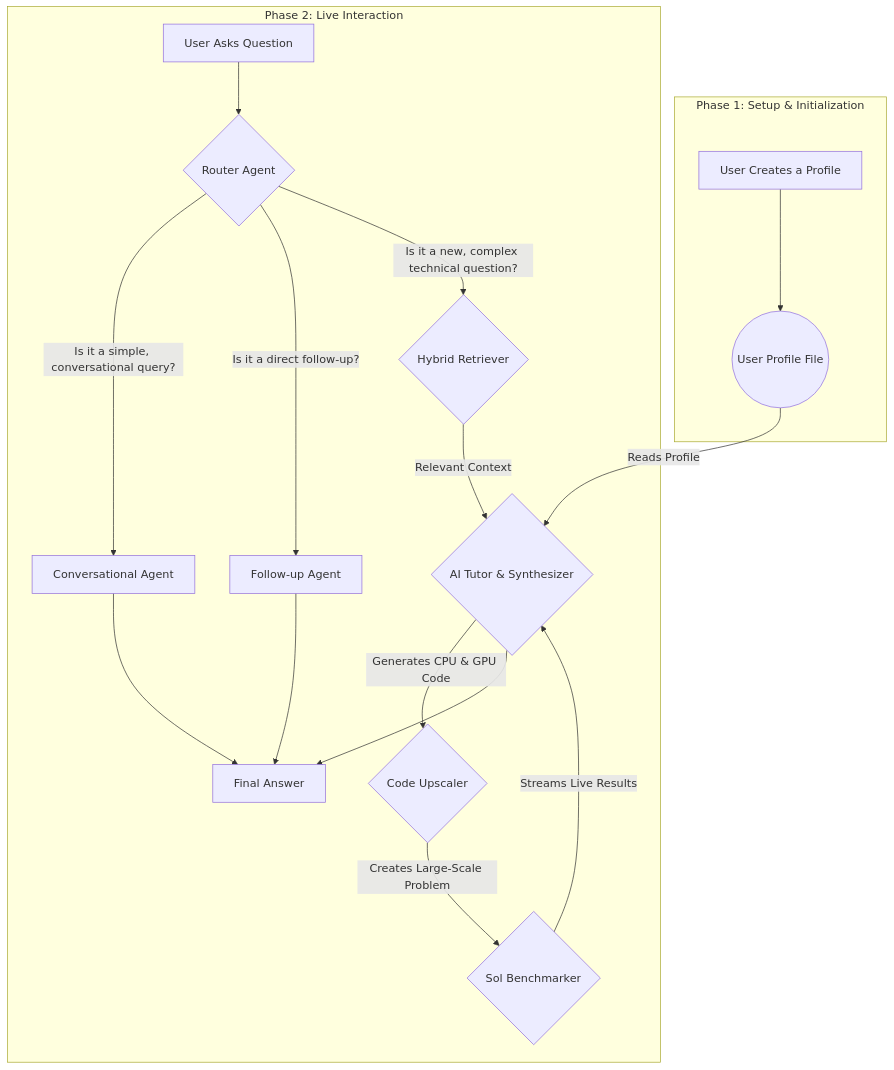
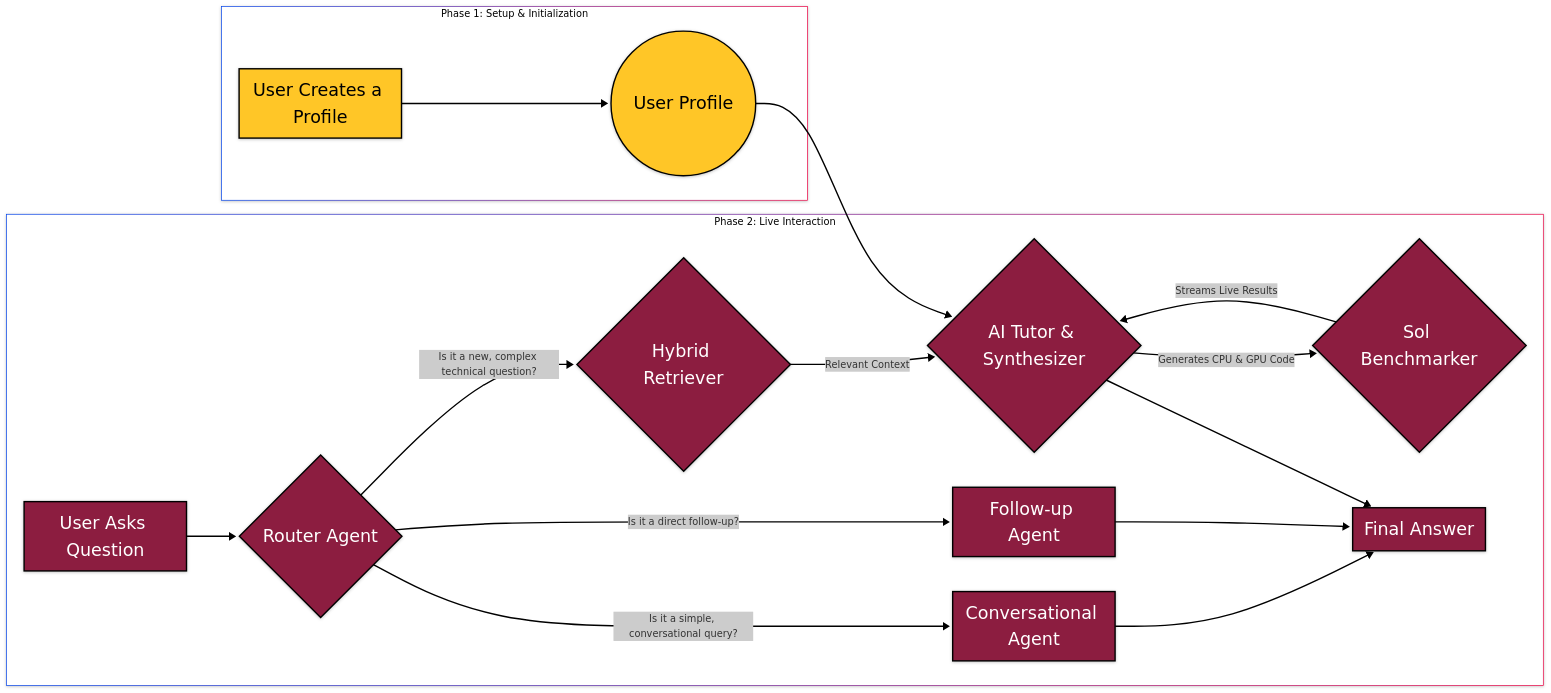
Before and after one commit to Ashwith25/ai-tutor-hackathon: the diagram in Readme.md, drawn with Mermaid.

````diff
--- a/Readme.md
+++ b/Readme.md
@@ -20,26 +20,48 @@
 ```mermaid
-graph TD
-    subgraph "Phase 1: Setup & Initialization"
-        Z[User Creates a Profile] --> P((User Profile File));
-    end
-
-    subgraph "Phase 2: Live Interaction"
-        A[User Asks Question] --> M{Router Agent};
-        
-        M -->|"Is it a simple, conversational query?"| H[Conversational Agent];
-        M -->|"Is it a direct follow-up?"| I[Follow-up Agent];
-        
-        M -->|"Is it a new, complex technical question?"| C{Hybrid Retriever};
-
-        C -->|Relevant Context| D{AI Tutor & Synthesizer};
-        P -->|Reads Profile| D;
-
-        D --> |Generates CPU & GPU Code| E{Code Upscaler};
-        E --> |Creates Large-Scale Problem| F{Sol Benchmarker};
-        F --> |Streams Live Results| D;
-        
-        H --> G[Final Answer];
-        I --> G;
-        D --> G;
-    end
+---
+config:
+  theme: neo
+  look: neo
+  layout: fixed
+---
+flowchart LR
+ subgraph subGraph0["Phase 1: Setup &amp; Initialization"]
+        P(("User Profile"))
+        Z["User Creates a Profile"]
+  end
+ subgraph subGraph1["Phase 2: Live Interaction"]
+        M{"Router Agent"}
+        A["User Asks Question"]
+        H["Conversational Agent"]
+        I["Follow-up Agent"]
+        C{"Hybrid Retriever"}
+        D{"AI Tutor & Synthesizer"}
+        F{"Sol Benchmarker"}
+        G["Final Answer"]
+  end
+    Z --> P
+    A --> M
+    M -- Is it a simple, conversational query? --> H
+    M -- "Is it a direct follow-up?" --> I
+    M -- Is it a new, complex technical question? --> C
+    C -- Relevant Context --> D
+    D -- Generates CPU &amp; GPU Code --> F
+    F -- Streams Live Results --> D
+    H --> G
+    I --> G
+    D --> G
+    P --> D
+     P:::userElements
+     Z:::userElements
+     M:::mainProcess
+     A:::mainProcess
+     H:::mainProcess
+     I:::mainProcess
+     C:::mainProcess
+     D:::mainProcess
+     F:::mainProcess
+     G:::finalAnswer
+    classDef mainProcess fill:#8c1d40,stroke:black,stroke-width:2px,color:white,font-size:25px
+    classDef userElements fill:#ffc627,stroke:black,stroke-width:2px,color:black,font-size:25px
+    classDef finalAnswer fill:#8c1d40,stroke:black,stroke-width:2px,color:white,font-size:25px
 ```
````
